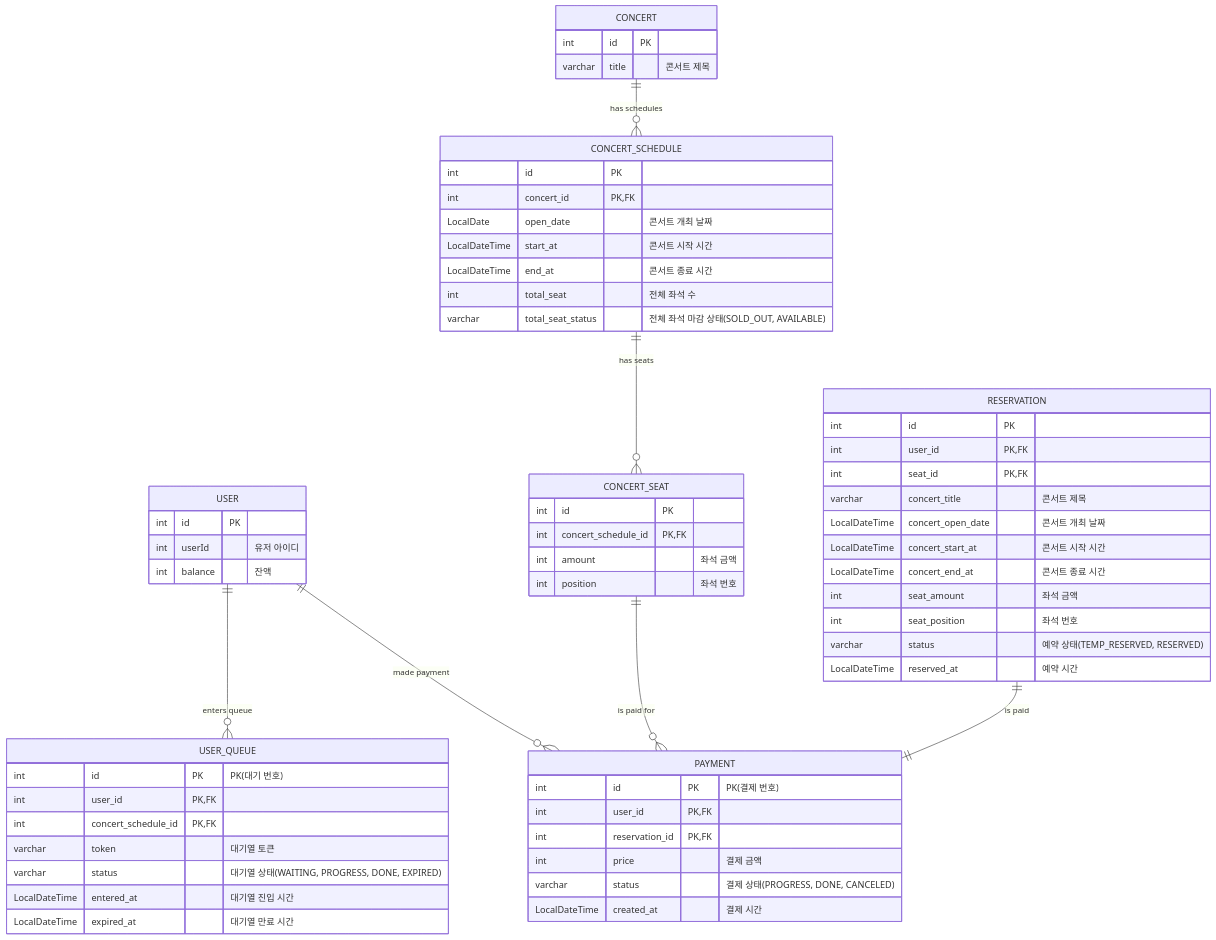
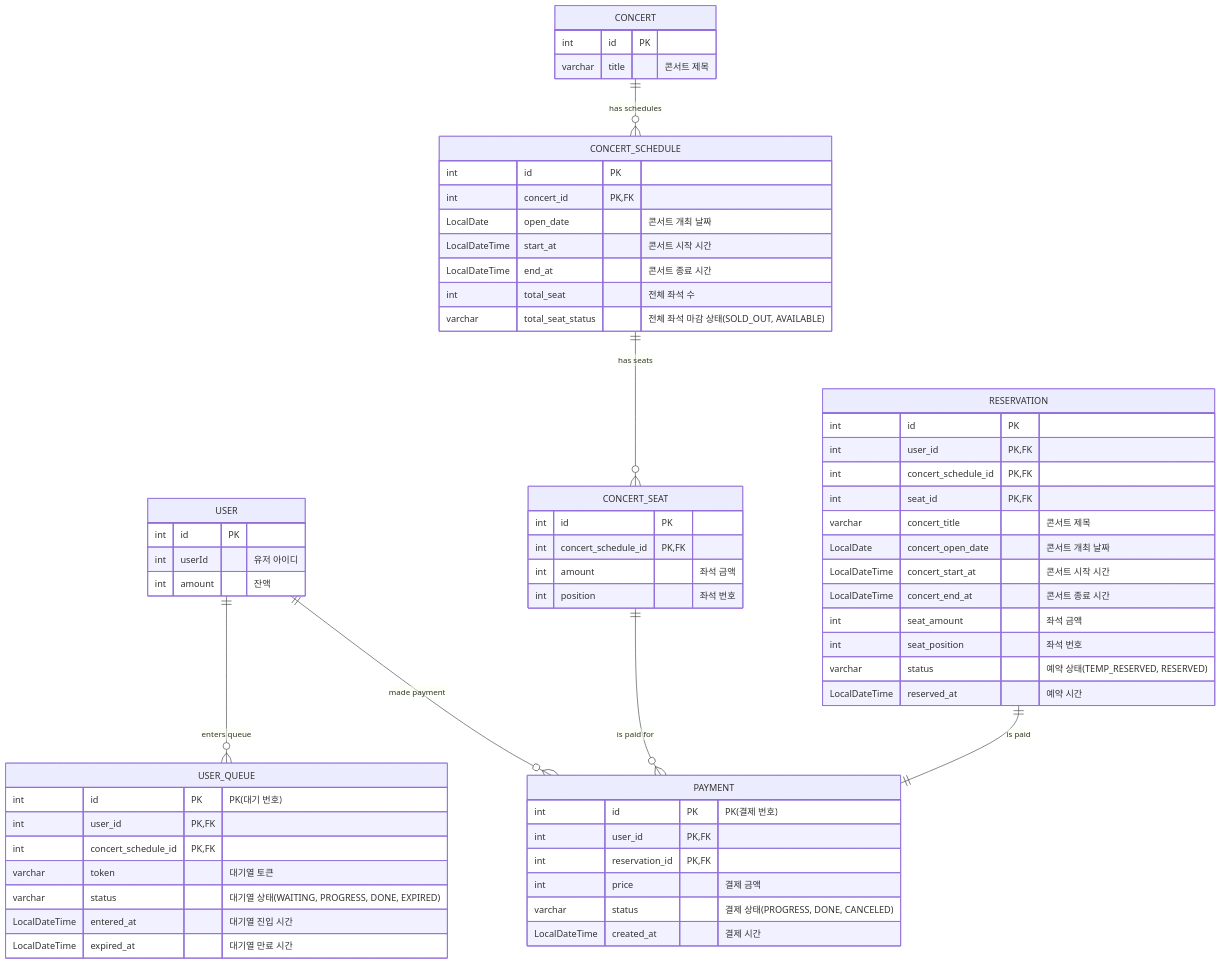
The diagram in docs/erd.md (jikimee64/hhplus-concert), drawn with Mermaid before and after one commit. The commit also changed 51 other files, not shown here.

````diff
--- a/docs/erd.md
+++ b/docs/erd.md
@@ -4,70 +4,71 @@
 ```mermaid
 erDiagram
     USER {
         int id PK
         int userId "유저 아이디"
-        int balance "잔액"
+        int amount "잔액"
     }
 
     USER_QUEUE {
         int id PK "PK(대기 번호)"
         int user_id PK, FK
         int concert_schedule_id PK, FK
         varchar token "대기열 토큰"
         varchar status "대기열 상태(WAITING, PROGRESS, DONE, EXPIRED)"
         LocalDateTime entered_at "대기열 진입 시간"
         LocalDateTime expired_at "대기열 만료 시간"
     }
 
     PAYMENT {
         int id PK "PK(결제 번호)"
         int user_id PK, FK
         int reservation_id PK, FK
         int price "결제 금액"
         varchar status "결제 상태(PROGRESS, DONE, CANCELED)"
         LocalDateTime created_at "결제 시간"
     }
 
     CONCERT {
         int id PK
         varchar title "콘서트 제목"
     }
 
     CONCERT_SCHEDULE {
         int id PK
         int concert_id PK, FK
         LocalDate open_date "콘서트 개최 날짜"
         LocalDateTime start_at "콘서트 시작 시간"
         LocalDateTime end_at "콘서트 종료 시간"
         int total_seat "전체 좌석 수"
         varchar total_seat_status "전체 좌석 마감 상태(SOLD_OUT, AVAILABLE)"
     }
 
     CONCERT_SEAT {
         int id PK
         int concert_schedule_id PK, FK
         int amount "좌석 금액"
         int position "좌석 번호"
     }
 
     RESERVATION {
         int id PK
         int user_id PK, FK
+        int concert_schedule_id PK, FK
         int seat_id PK, FK
         varchar concert_title "콘서트 제목"
-        LocalDateTime concert_open_date "콘서트 개최 날짜"
+        LocalDate concert_open_date "콘서트 개최 날짜"
         LocalDateTime concert_start_at "콘서트 시작 시간"
         LocalDateTime concert_end_at "콘서트 종료 시간"
         int seat_amount "좌석 금액"
         int seat_position "좌석 번호"
         varchar status "예약 상태(TEMP_RESERVED, RESERVED)"
         LocalDateTime reserved_at "예약 시간"
     }
 
     CONCERT ||--o{ CONCERT_SCHEDULE: "has schedules"
     CONCERT_SCHEDULE ||--o{ CONCERT_SEAT: "has seats"
     USER ||--o{ USER_QUEUE: "enters queue"
     USER ||--o{ PAYMENT: "made payment"
     CONCERT_SEAT ||--o{ PAYMENT: "is paid for"
     RESERVATION ||--|| PAYMENT: "is paid"
 ```
````
